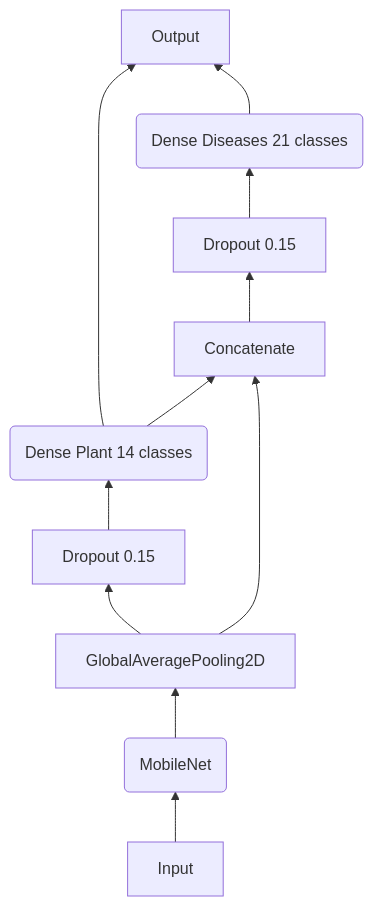
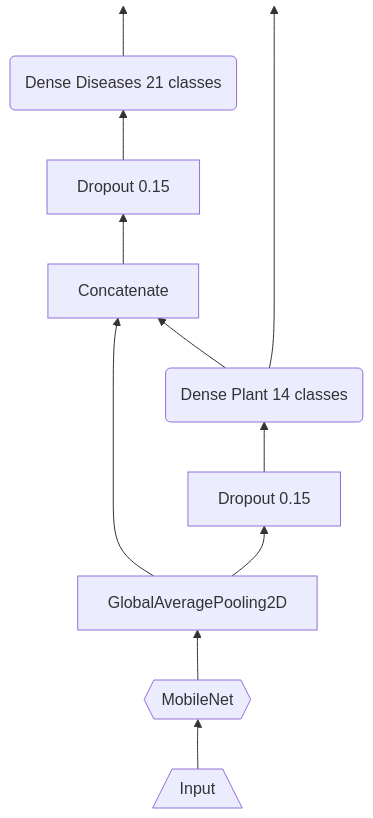
Before and after one commit to 6b2e62/plant-disease: the third of 3 diagrams in README.md, drawn with Mermaid. The commit also changed other lines of this file, not shown here.

````diff
--- a/README.md
+++ b/README.md
@@ -232,13 +238,15 @@
 ```mermaid
-graph BT
-    A[Input] --> B(MobileNet)
+flowchart BT
+    A[/Input\] --> B{{MobileNet}}
     B --> C[GlobalAveragePooling2D]
     C --> D[Dropout 0.15]
     D --> E(Dense Plant 14 classes)
     E --> CONCAT[Concatenate]
     C --> CONCAT
     CONCAT --> H[Dropout 0.15]
     H --> I(Dense Diseases 21 classes)
-    E --> J[Output]
-    I --> J
+    E -----> J:::hidden
+    I --> K:::hidden
+
+    classDef hidden display: none;
 ```
````
